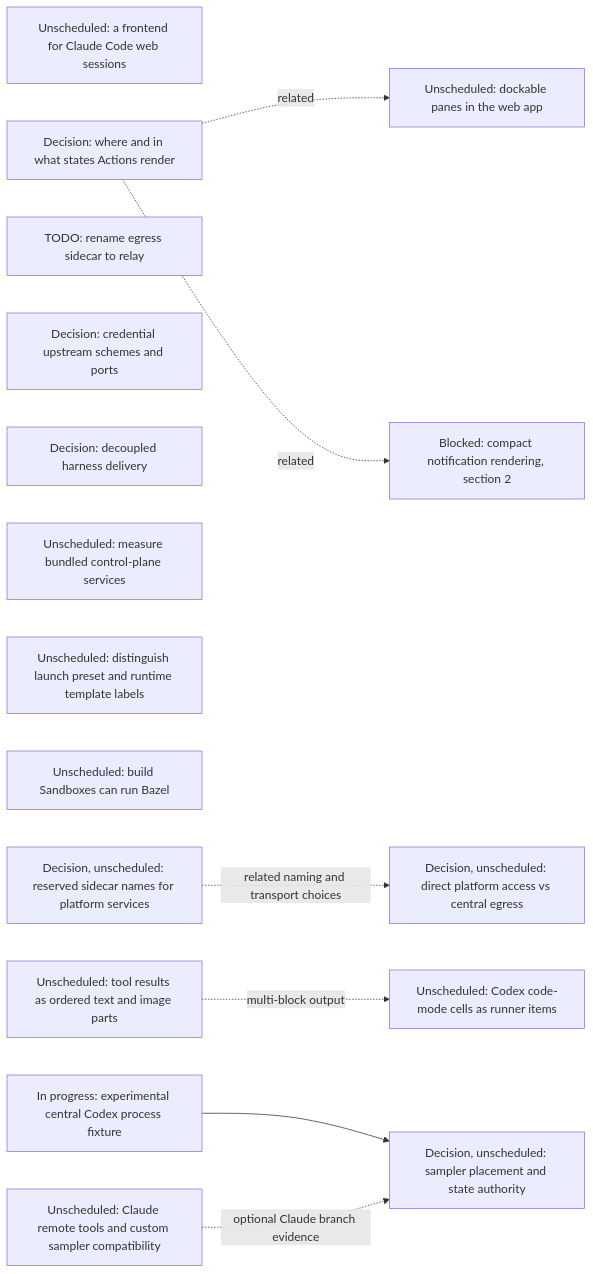
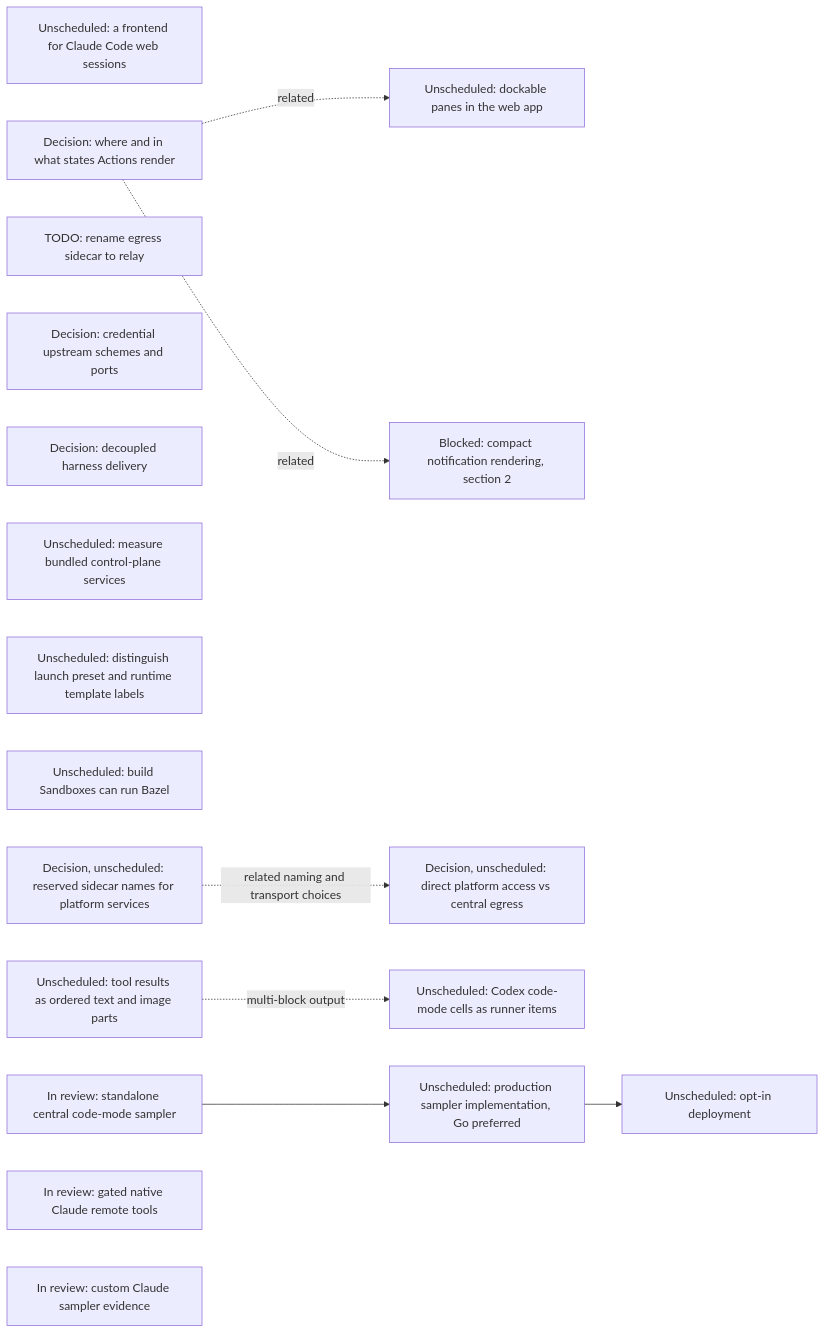
The eighth of 20 diagrams in agentplane/plans/task_dag.md (agentydragon/ducktape), drawn with Mermaid before and after one commit. The commit also changed other lines of this file and 26 other files, not shown here.

Commit message:
fix(agentplane): address central sampler review failures

````diff
--- a/agentplane/plans/task_dag.md
+++ b/agentplane/plans/task_dag.md
@@ -597,24 +597,25 @@
 ```mermaid
 flowchart LR
     CLAUDE_CODE_WEB_BRIDGE[Unscheduled: a frontend for Claude Code web sessions]
     ACTION_SURFACES_DESIGN[Decision: where and in what states Actions render]
     EGRESS_RELAY_RENAME[TODO: rename egress sidecar to relay]
     EGRESS_CREDENTIAL_TRANSPORT_DESIGN[Decision: credential upstream schemes and ports]
     RUNNER_HARNESS_DELIVERY_DESIGN[Decision: decoupled harness delivery]
     K3S_BUNDLED_SERVICES_SPIKE[Unscheduled: measure bundled control-plane services]
     DOCKABLE_PANES[Unscheduled: dockable panes in the web app]
     ACTION_SURFACES_DESIGN -. related .-> DOCKABLE_PANES
     NOTIFICATION_PRESENTATION[Blocked: compact notification rendering, section 2]
     ACTION_SURFACES_DESIGN -. related .-> NOTIFICATION_PRESENTATION
     SANDBOX_FORM_TERMINOLOGY[Unscheduled: distinguish launch preset and runtime template labels]
     BUILD_BOX_BAZEL[Unscheduled: build Sandboxes can run Bazel]
     PLATFORM_SERVICE_NAMES_DESIGN[Decision, unscheduled: reserved sidecar names for platform services]
     PLATFORM_SERVICE_ROUTING_DESIGN[Decision, unscheduled: direct platform access vs central egress]
     PLATFORM_SERVICE_NAMES_DESIGN -. related naming and transport choices .-> PLATFORM_SERVICE_ROUTING_DESIGN
     STRUCTURED_TOOL_OUTPUT[Unscheduled: tool results as ordered text and image parts]
     STRUCTURED_TOOL_OUTPUT -. multi-block output .-> CODEX_CODE_MODE_CELLS[Unscheduled: Codex code-mode cells as runner items]
-    CENTRAL_CODEX_SPIKE[In progress: experimental central Codex process fixture]
-    CENTRAL_CODEX_SPIKE --> HARNESS_PLACEMENT_DESIGN[Decision, unscheduled: sampler placement and state authority]
-    CLAUDE_REMOTE_EXECUTION_SPIKE[Unscheduled: Claude remote tools and custom sampler compatibility]
-    CLAUDE_REMOTE_EXECUTION_SPIKE -. optional Claude branch evidence .-> HARNESS_PLACEMENT_DESIGN
+    CENTRAL_SAMPLER_V1[In review: standalone central code-mode sampler]
+    CENTRAL_SAMPLER_V1 --> CENTRAL_SAMPLER_PRODUCTION_IMPL[Unscheduled: production sampler implementation, Go preferred]
+    CENTRAL_SAMPLER_PRODUCTION_IMPL --> CENTRAL_SAMPLER_DEPLOYMENT[Unscheduled: opt-in deployment]
+    CLAUDE_REMOTE_EXECUTION_SPIKE[In review: gated native Claude remote tools]
+    CLAUDE_CUSTOM_SAMPLER[In review: custom Claude sampler evidence]
 ```
````
